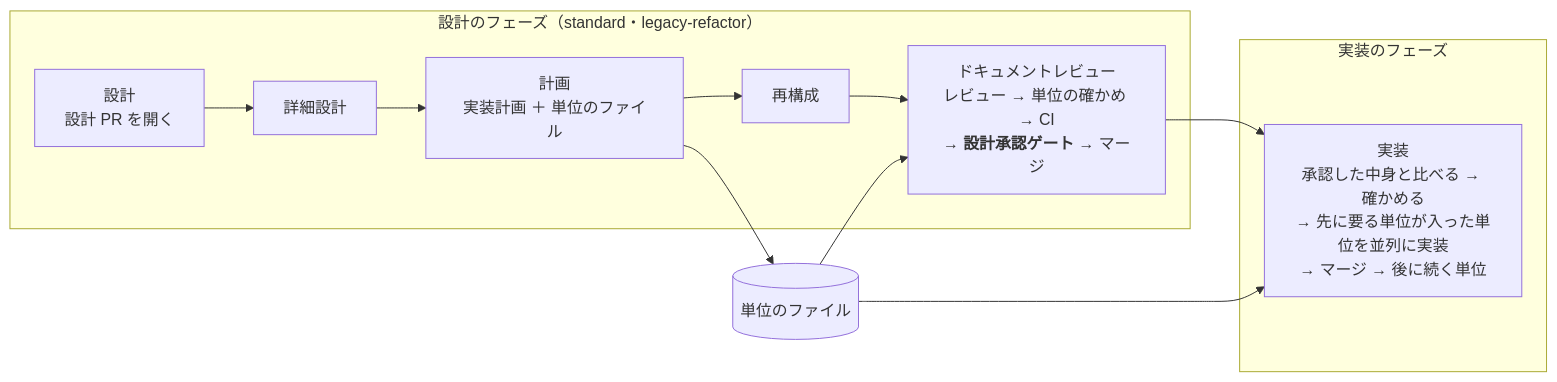
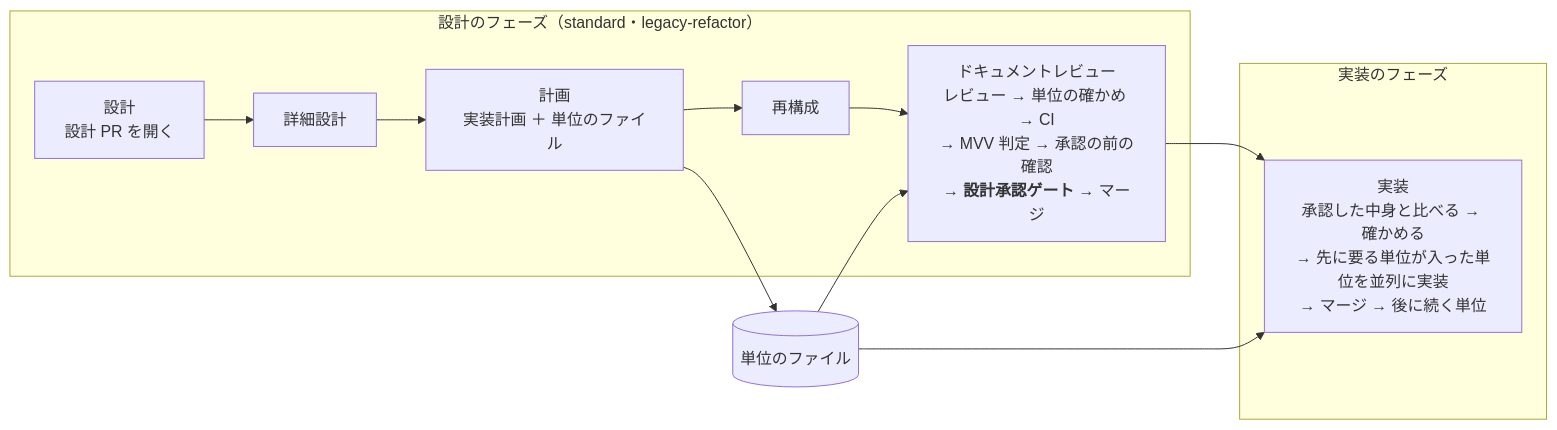
One commit to devbasex/ai-plugins changed the second of 4 diagrams in issues/issue-3702-design.md. Above: the diagram before and after it, drawn with Mermaid. The commit also changed other lines of this file and 3 other files, not shown here.

````diff
--- a/issues/issue-3702-design.md
+++ b/issues/issue-3702-design.md
@@ -52,14 +55,14 @@
 ```mermaid
 flowchart LR
   subgraph D["設計のフェーズ（standard・legacy-refactor）"]
-    S["設計<br/>設計 PR を開く"] --> DD[詳細設計] --> P["計画<br/>実装計画 ＋ 単位のファイル"] --> RB[再構成] --> DR["ドキュメントレビュー<br/>レビュー → 単位の確かめ → CI<br/>→ <b>設計承認ゲート</b> → マージ"]
+    S["設計<br/>設計 PR を開く"] --> DD[詳細設計] --> P["計画<br/>実装計画 ＋ 単位のファイル"] --> RB[再構成] --> DR["ドキュメントレビュー<br/>レビュー → 単位の確かめ → CI<br/>→ MVV 判定 → 承認の前の確認<br/>→ <b>設計承認ゲート</b> → マージ"]
   end
   F[("単位のファイル")]
   subgraph I["実装のフェーズ"]
     IM["実装<br/>承認した中身と比べる → 確かめる<br/>→ 先に要る単位が入った単位を並列に実装<br/>→ マージ → 後に続く単位"]
   end
   P --> F
   F --> DR
   F --> IM
   DR --> IM
 ```
````
